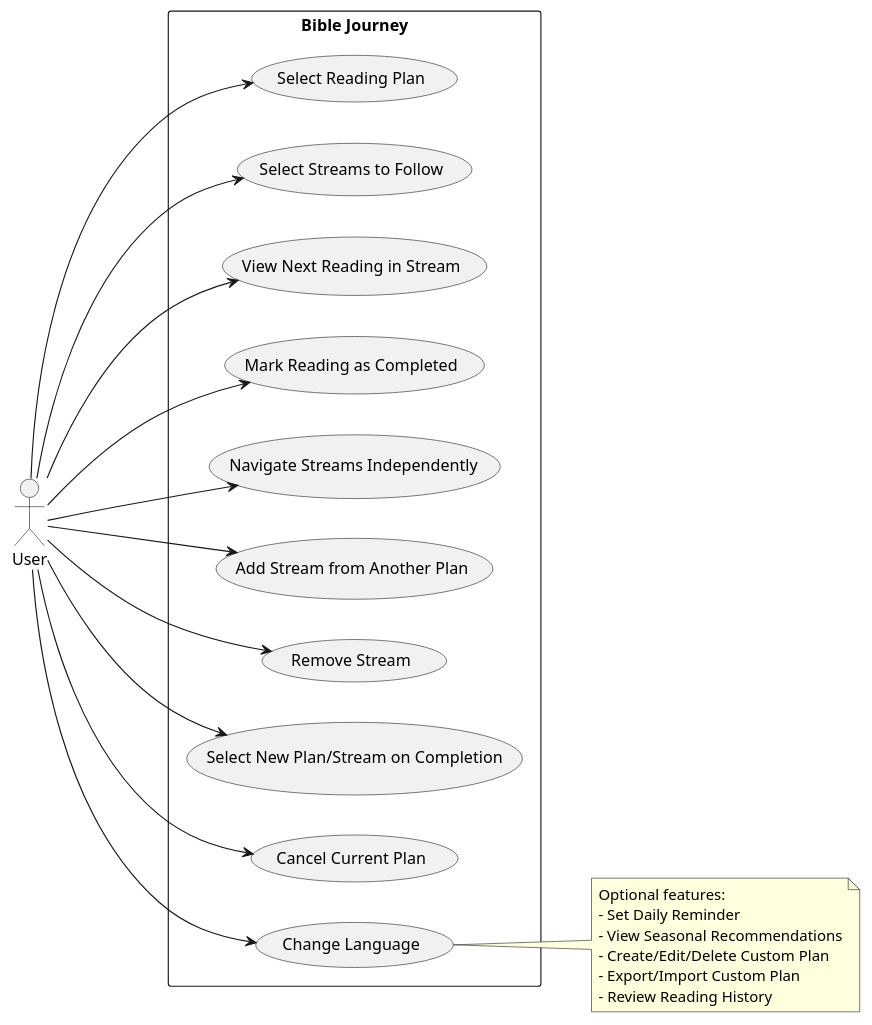
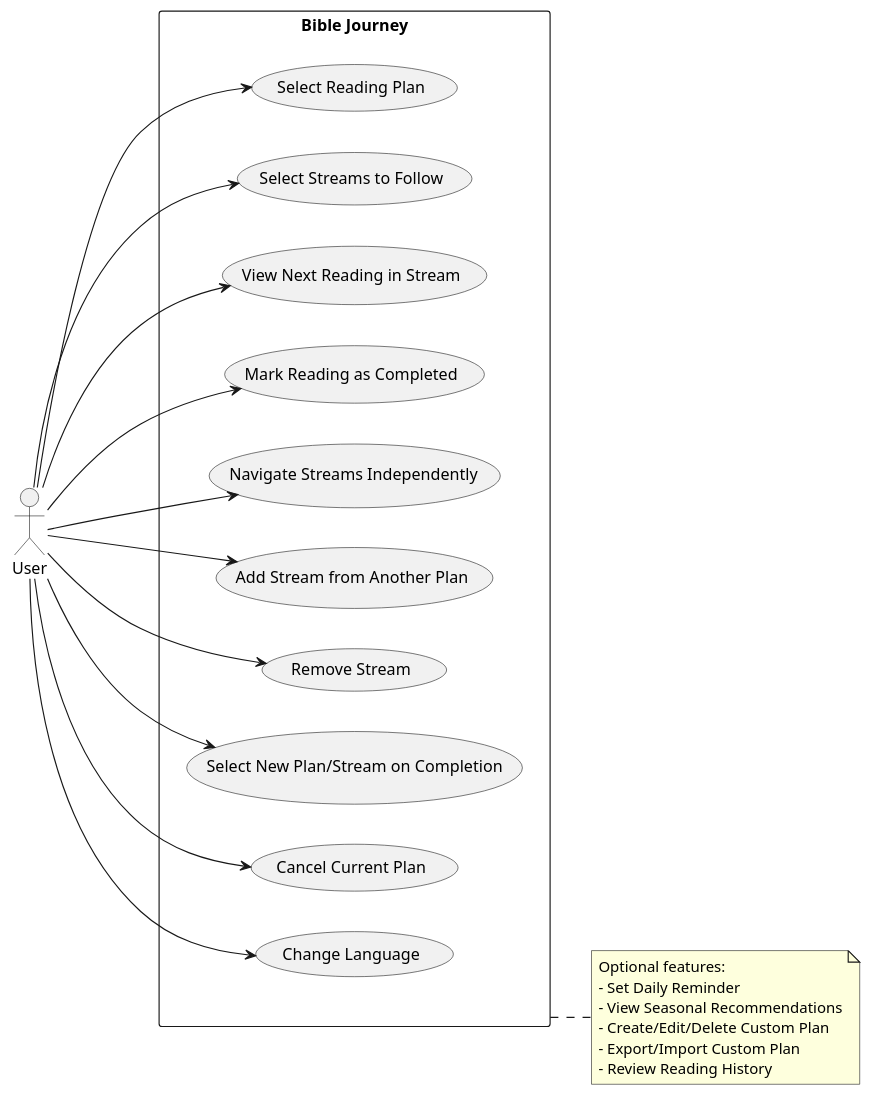
One commit to PilgrimsJourney/BibleJourney changed the diagram in design/plantuml/use_case.puml. Above: the diagram before and after it, drawn with PlantUML. The commit also changed 5 other files, not shown here.

```diff
--- a/design/plantuml/use_case.puml
+++ b/design/plantuml/use_case.puml
@@ -1,29 +1,29 @@
 @startuml
 
 left to right direction
 
 actor User
 
 rectangle "Bible Journey" {
 	User --> (Select Reading Plan)
 	User --> (Select Streams to Follow)
 	User --> (View Next Reading in Stream)
 	User --> (Mark Reading as Completed)
 	User --> (Navigate Streams Independently)
 	User ---> (Add Stream from Another Plan)
 	User ---> (Remove Stream)
 	User ---> (Select New Plan/Stream on Completion)
 	User ---> (Cancel Current Plan)
 	User ---> (Change Language)
 }
 
-note right
+note right of "Bible Journey"
   Optional features:
   - Set Daily Reminder
   - View Seasonal Recommendations
   - Create/Edit/Delete Custom Plan
   - Export/Import Custom Plan
   - Review Reading History
 end note
 
 @enduml
```
